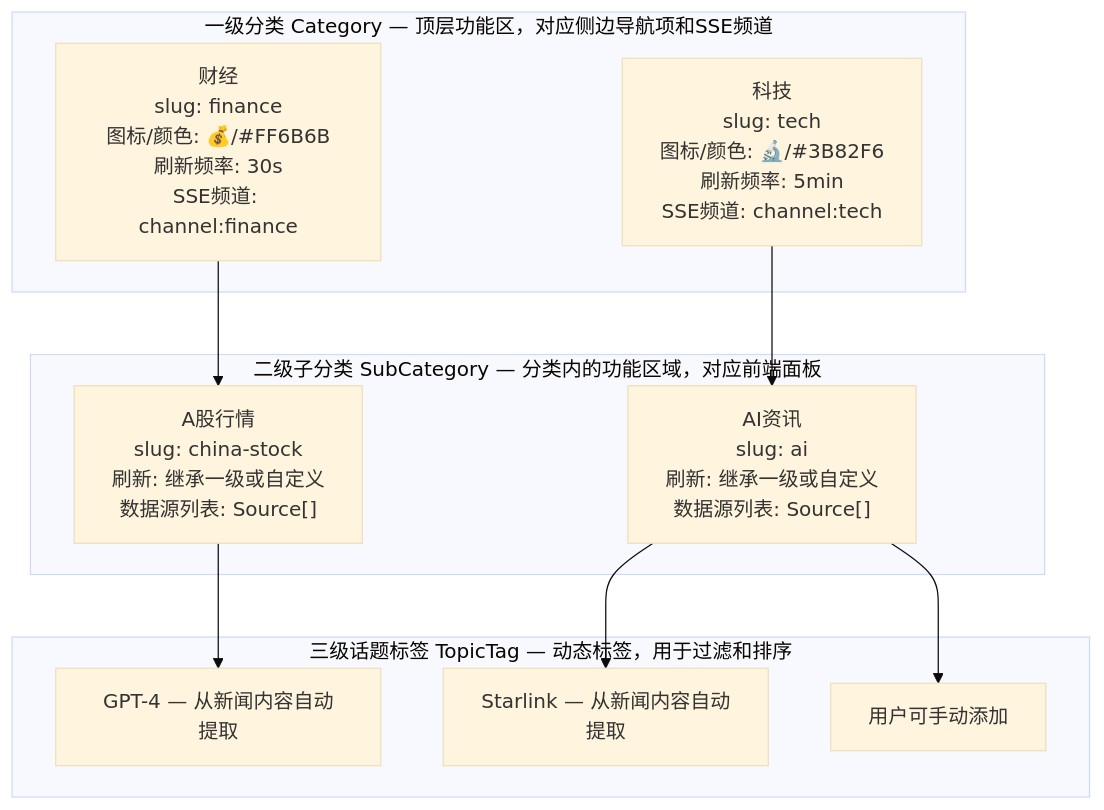
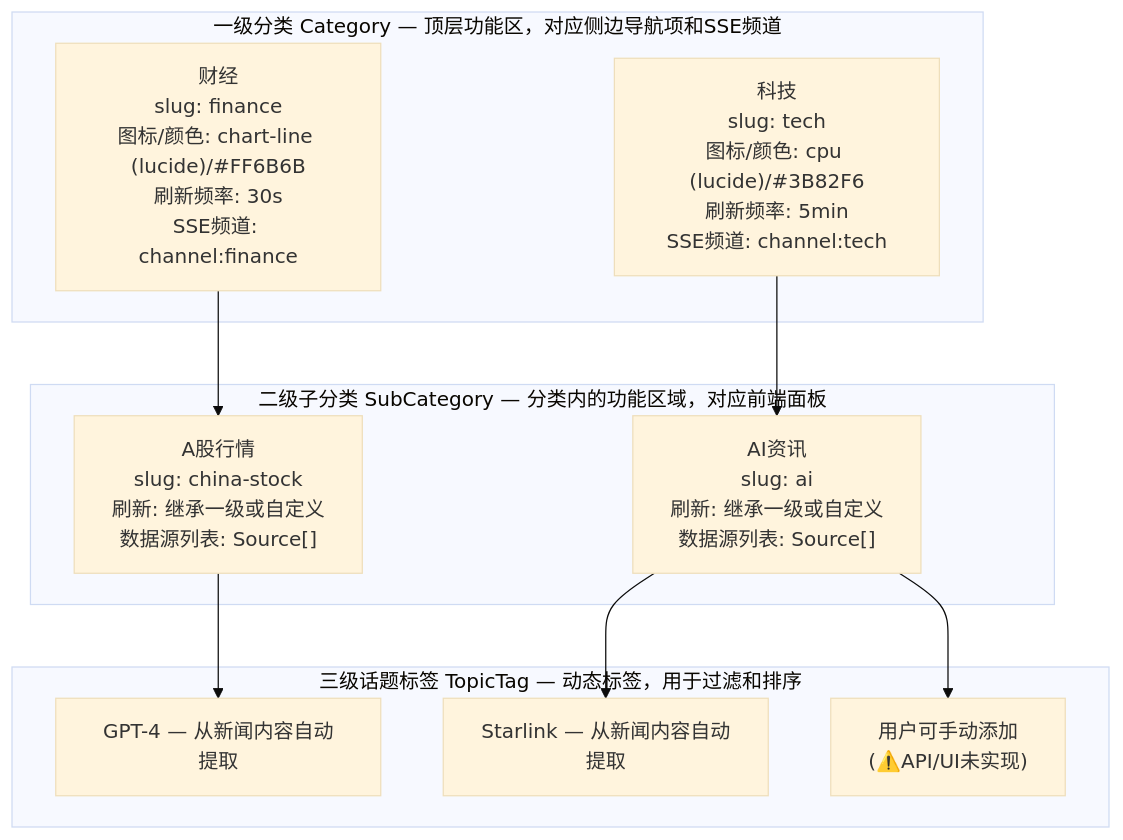
One commit to onceme/instantboard changed the first of 6 diagrams in docs/design/content-categories.md. Above: the diagram before and after it, drawn with Mermaid (base theme). The commit also changed other lines of this file and 14 other files, not shown here.

````diff
--- a/docs/design/content-categories.md
+++ b/docs/design/content-categories.md
@@ -40,21 +40,21 @@
 ```mermaid
 graph TD
     subgraph level1["一级分类 Category — 顶层功能区，对应侧边导航项和SSE频道"]
-        finance["财经<br/>slug: finance<br/>图标/颜色: 💰/#FF6B6B<br/>刷新频率: 30s<br/>SSE频道: channel:finance"]
-        tech["科技<br/>slug: tech<br/>图标/颜色: 🔬/#3B82F6<br/>刷新频率: 5min<br/>SSE频道: channel:tech"]
+        finance["财经<br/>slug: finance<br/>图标/颜色: chart-line (lucide)/#FF6B6B<br/>刷新频率: 30s<br/>SSE频道: channel:finance"]
+        tech["科技<br/>slug: tech<br/>图标/颜色: cpu (lucide)/#3B82F6<br/>刷新频率: 5min<br/>SSE频道: channel:tech"]
     end
     subgraph level2["二级子分类 SubCategory — 分类内的功能区域，对应前端面板"]
         cn_stock["A股行情<br/>slug: china-stock<br/>刷新: 继承一级或自定义<br/>数据源列表: Source[]"]
         ai["AI资讯<br/>slug: ai<br/>刷新: 继承一级或自定义<br/>数据源列表: Source[]"]
     end
     subgraph level3["三级话题标签 TopicTag — 动态标签，用于过滤和排序"]
         gpt4["GPT-4 — 从新闻内容自动提取"]
         starlink["Starlink — 从新闻内容自动提取"]
-        custom["用户可手动添加"]
+        custom["用户可手动添加<br/>(⚠️API/UI未实现)"]
     end
     finance --> cn_stock
     tech --> ai
     cn_stock --> gpt4
     ai --> starlink
     ai --> custom
 ```
````
